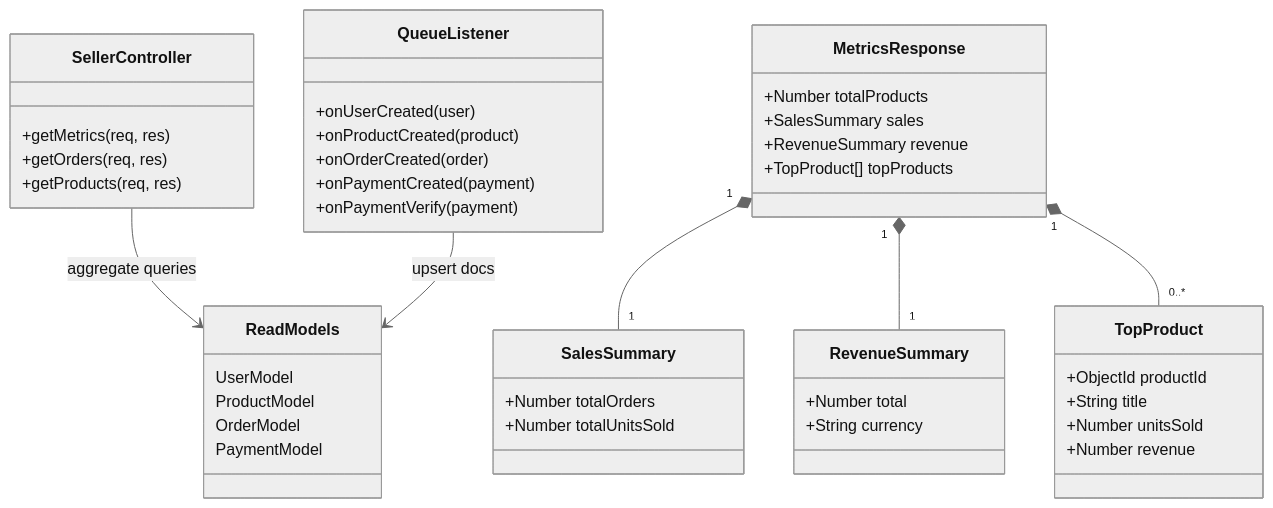
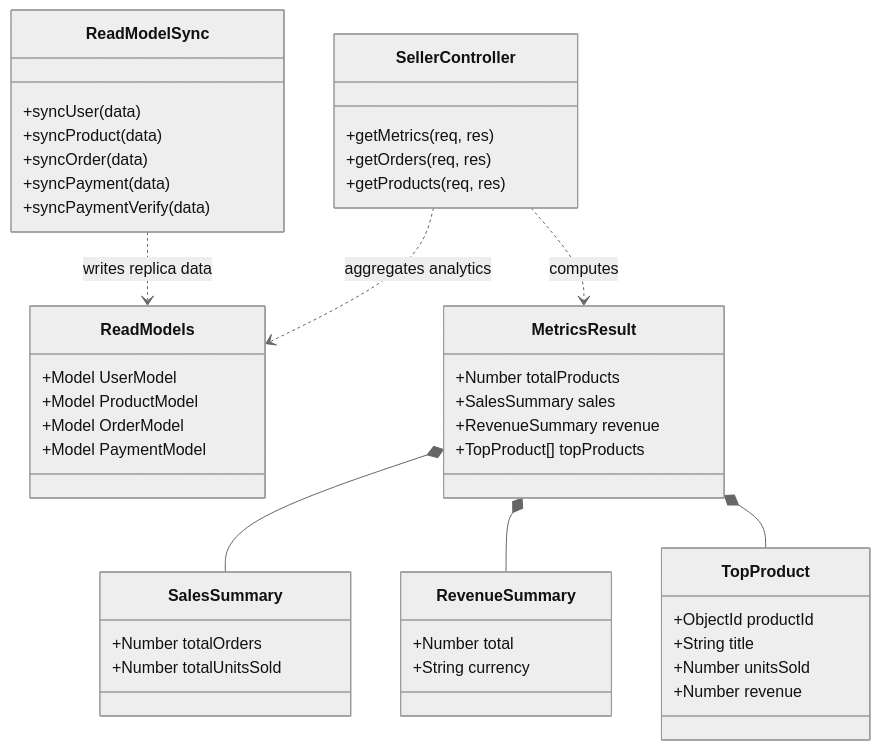
Before and after one commit to itsam-13/Vendora: diagram 16 of 17 in README.md, drawn with Mermaid (neutral theme). The commit also changed other lines of this file, not shown here.

Commit message:
docs: update README.md with comprehensive microservices architecture and event topology

````diff
--- a/README.md
+++ b/README.md
@@ -862,46 +998,48 @@
 ```mermaid
 classDiagram
     class SellerController {
         +getMetrics(req, res)
         +getOrders(req, res)
         +getProducts(req, res)
     }
-    class MetricsResponse {
+    class ReadModelSync {
+        +syncUser(data)
+        +syncProduct(data)
+        +syncOrder(data)
+        +syncPayment(data)
+        +syncPaymentVerify(data)
+    }
+    class ReadModels {
+        +Model UserModel
+        +Model ProductModel
+        +Model OrderModel
+        +Model PaymentModel
+    }
+    class MetricsResult {
         +Number totalProducts
         +SalesSummary sales
         +RevenueSummary revenue
         +TopProduct[] topProducts
     }
     class SalesSummary {
         +Number totalOrders
         +Number totalUnitsSold
     }
     class RevenueSummary {
         +Number total
         +String currency
     }
     class TopProduct {
         +ObjectId productId
         +String title
         +Number unitsSold
         +Number revenue
     }
-    class QueueListener {
-        +onUserCreated(user)
-        +onProductCreated(product)
-        +onOrderCreated(order)
-        +onPaymentCreated(payment)
-        +onPaymentVerify(payment)
-    }
-    class ReadModels {
-        UserModel
-        ProductModel
-        OrderModel
-        PaymentModel
-    }
-    SellerController --> ReadModels : aggregate queries
-    QueueListener --> ReadModels : upsert docs
-    MetricsResponse "1" *-- "1" SalesSummary
-    MetricsResponse "1" *-- "1" RevenueSummary
-    MetricsResponse "1" *-- "0..*" TopProduct
+
+    SellerController ..> ReadModels : aggregates analytics
+    ReadModelSync ..> ReadModels : writes replica data
+    SellerController ..> MetricsResult : computes
+    MetricsResult *-- SalesSummary
+    MetricsResult *-- RevenueSummary
+    MetricsResult *-- TopProduct
 ```
````
